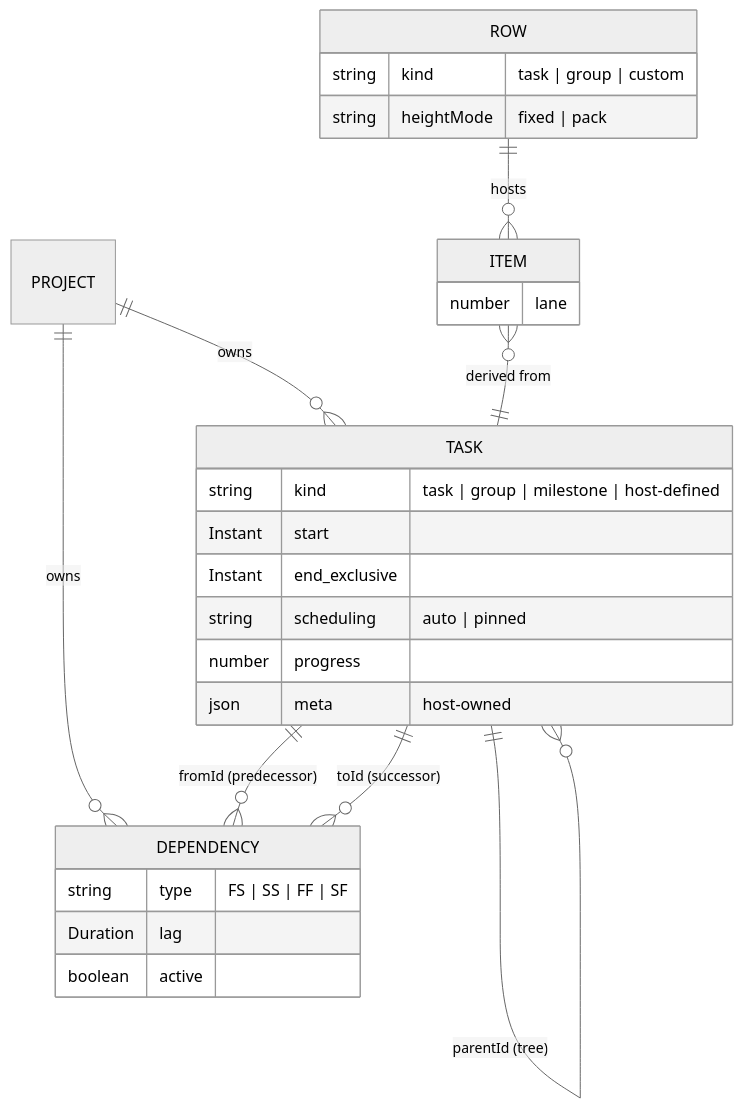
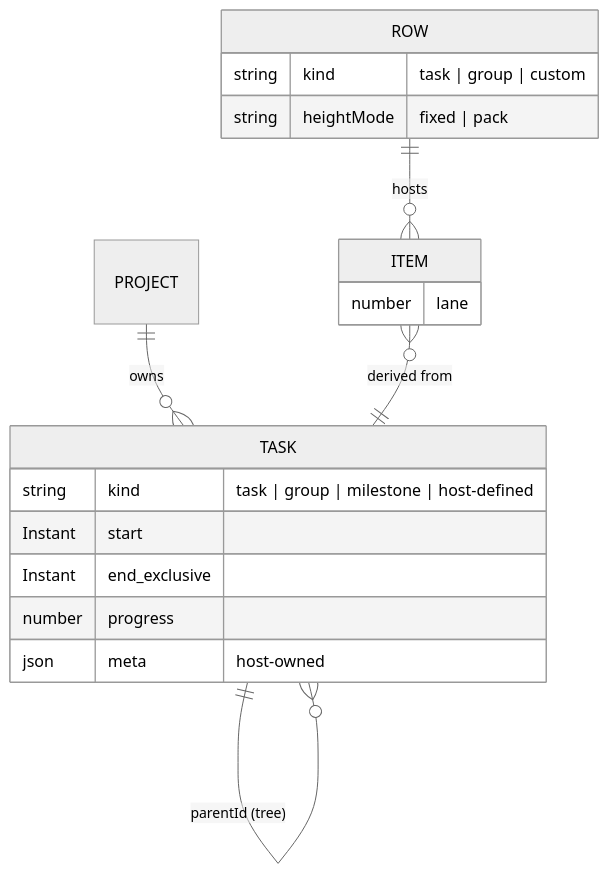
The third of 6 diagrams in plans/01-domain-architecture.md (freegantt/freegantt), drawn with Mermaid (neutral theme) before and after one commit. The commit also changed other lines of this file and 9 other files, not shown here.

````diff
--- a/plans/01-domain-architecture.md
+++ b/plans/01-domain-architecture.md
@@ -182,32 +171,23 @@
 ```mermaid
 erDiagram
   PROJECT ||--o{ TASK : owns
-  PROJECT ||--o{ DEPENDENCY : owns
   TASK ||--o{ TASK : "parentId (tree)"
-  TASK ||--o{ DEPENDENCY : "fromId (predecessor)"
-  TASK ||--o{ DEPENDENCY : "toId (successor)"
 
   ROW ||--o{ ITEM : hosts
   ITEM }o--|| TASK : "derived from"
 
   TASK {
     string kind "task | group | milestone | host-defined"
     Instant start
     Instant end_exclusive
-    string scheduling "auto | pinned"
     number progress
     json meta "host-owned"
-  }
-  DEPENDENCY {
-    string type "FS | SS | FF | SF"
-    Duration lag
-    boolean active
   }
   ROW {
     string kind "task | group | custom"
     string heightMode "fixed | pack"
   }
   ITEM {
     number lane
   }
 ```
````
